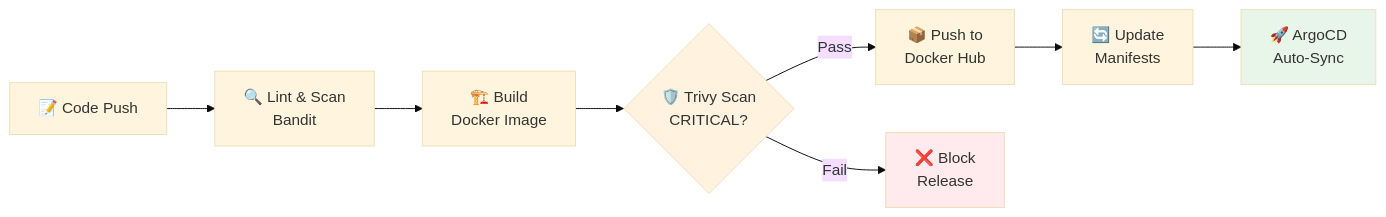
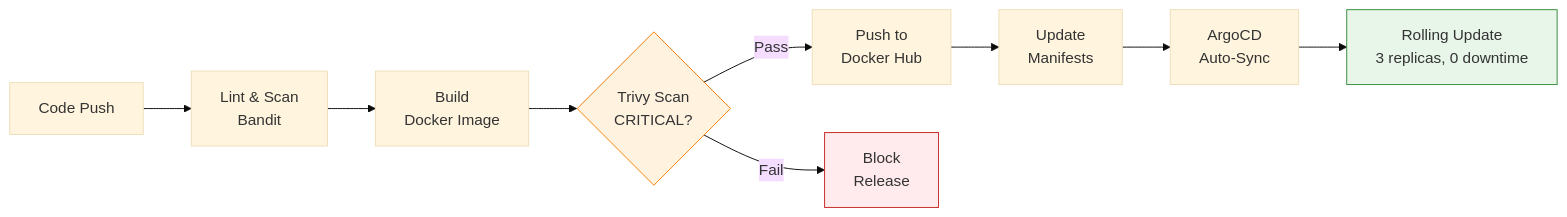
One commit to AngelP17/Governor changed the third of 3 diagrams in README.md. Above: the diagram before and after it, drawn with Mermaid (base theme). The commit also changed other lines of this file and 1 other file, not shown here.

Commit message:
docs: add full architecture.md with 10 Mermaid diagrams, update README diagrams and clean headings

````diff
--- a/README.md
+++ b/README.md
@@ -195,14 +222,15 @@
 ```mermaid
 flowchart LR
-    A[📝 Code Push] --> B[🔍 Lint & Scan<br/>Bandit]
-    B --> C[🏗️ Build<br/>Docker Image]
-    C --> D{🛡️ Trivy Scan<br/>CRITICAL?}
-    D -->|Pass| E[📦 Push to<br/>Docker Hub]
-    D -->|Fail| F[❌ Block<br/>Release]
-    E --> G[🔄 Update<br/>Manifests]
-    G --> H[🚀 ArgoCD<br/>Auto-Sync]
-    
-    style D fill:#fff3e0
-    style F fill:#ffebee
-    style H fill:#e8f5e9
+    A["Code Push"] --> B["Lint & Scan<br/>Bandit"]
+    B --> C["Build<br/>Docker Image"]
+    C --> D{"Trivy Scan<br/>CRITICAL?"}
+    D -->|"Pass"| E["Push to<br/>Docker Hub"]
+    D -->|"Fail"| F["Block<br/>Release"]
+    E --> G["Update<br/>Manifests"]
+    G --> H["ArgoCD<br/>Auto-Sync"]
+    H --> I["Rolling Update<br/>3 replicas, 0 downtime"]
+
+    style D fill:#fff3e0,stroke:#f57c00
+    style F fill:#ffebee,stroke:#c62828
+    style I fill:#e8f5e9,stroke:#388e3c
 ```
````
